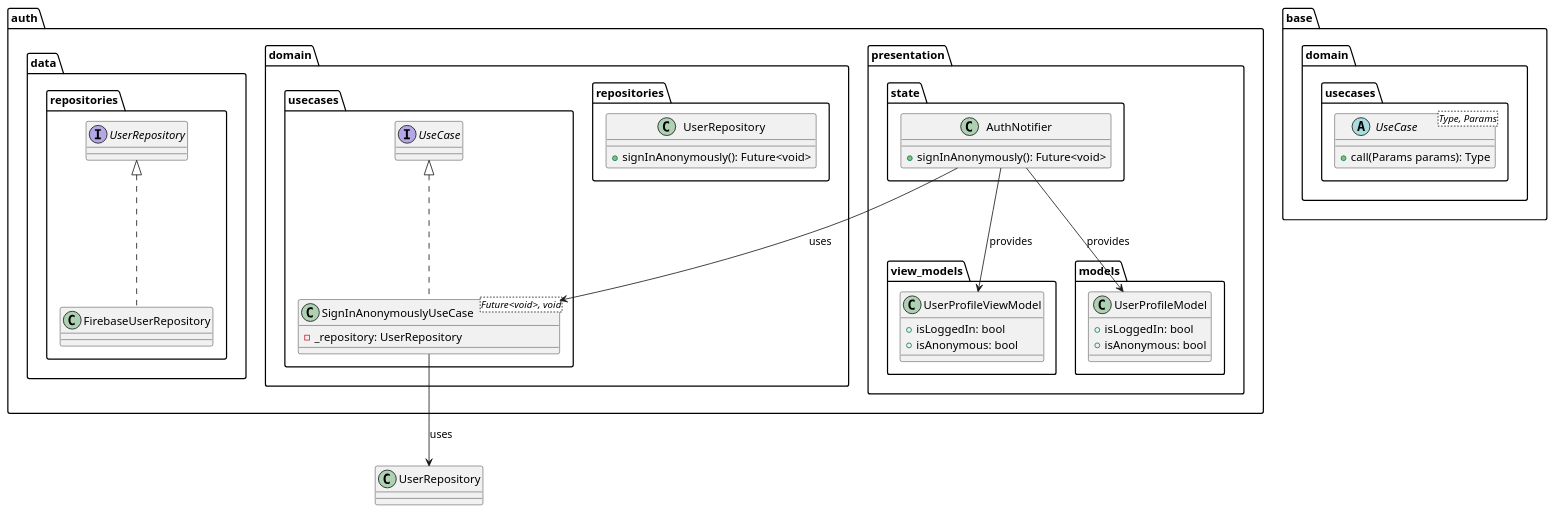
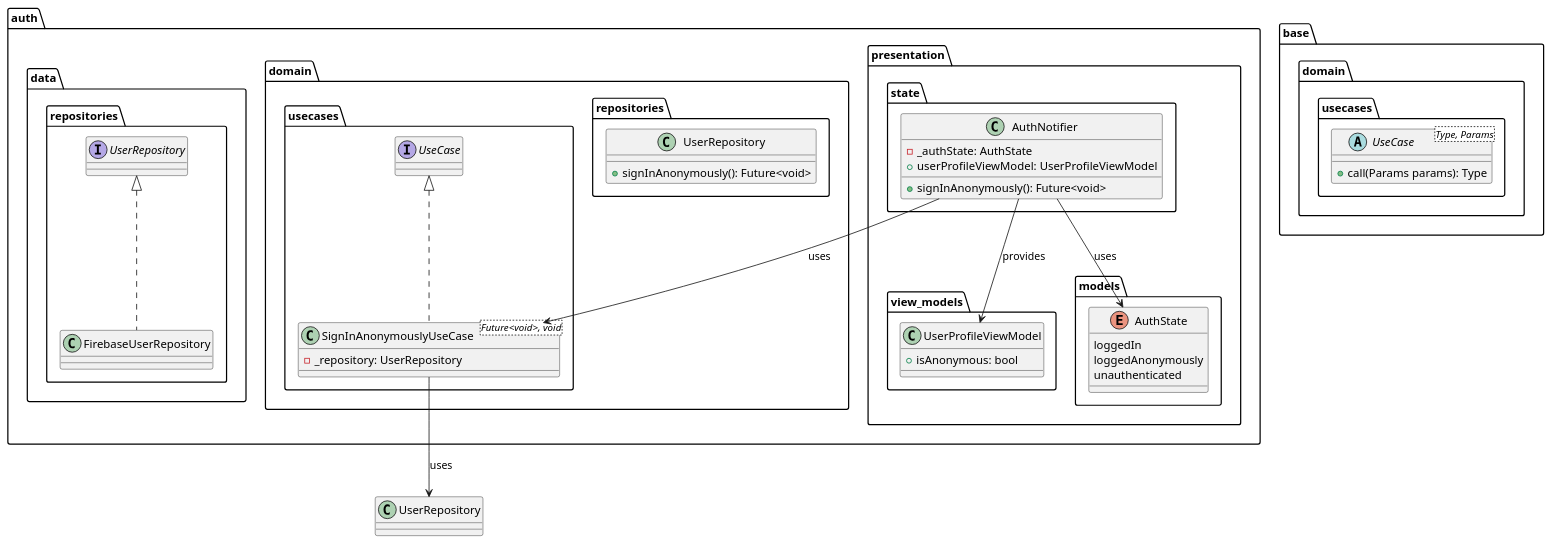
One commit to Flank/flank-dashboard changed the diagram in metrics/web/docs/features/public_dashboard/diagrams/public_dashboard_auth_class_diagram.puml. Above: the diagram before and after it, drawn with PlantUML. The commit also changed 2 other files, not shown here.

```diff
--- a/metrics/web/docs/features/public_dashboard/diagrams/public_dashboard_auth_class_diagram.puml
+++ b/metrics/web/docs/features/public_dashboard/diagrams/public_dashboard_auth_class_diagram.puml
@@ -1,55 +1,57 @@
 @startuml public_dashboard_auth_class_diagram
 
 package base.domain.usecases {
     abstract class UseCase<Type, Params> {
         + call(Params params): Type
     }
 }
 
 package auth {
     package presentation {
         package view_models {
             class UserProfileViewModel {
-                + isLoggedIn: bool
                 + isAnonymous: bool
             }
         }
 
         package models {
-            class UserProfileModel {
-                + isLoggedIn: bool
-                + isAnonymous: bool
+            enum AuthState {
+                 loggedIn
+                 loggedAnonymously
+                 unauthenticated
             }
         }
 
         package state {
             class AuthNotifier {
+                - _authState: AuthState
+                + userProfileViewModel: UserProfileViewModel
                 + signInAnonymously(): Future<void>
             }
         }
     }
 
     package domain {
         package repositories {
             class UserRepository {
                 + signInAnonymously(): Future<void>
             }
         }
 
         package usecases {
             class SignInAnonymouslyUseCase<Future<void>, void> implements UseCase {
                 - _repository: UserRepository
             }
         }
     }
 
     package data.repositories {
         class FirebaseUserRepository implements UserRepository {}
     }
 }
 
 SignInAnonymouslyUseCase --> UserRepository: uses
 AuthNotifier --> SignInAnonymouslyUseCase: uses
-AuthNotifier --> UserProfileModel: provides
+AuthNotifier --> AuthState: uses
 AuthNotifier --> UserProfileViewModel: provides
 @enduml
```
